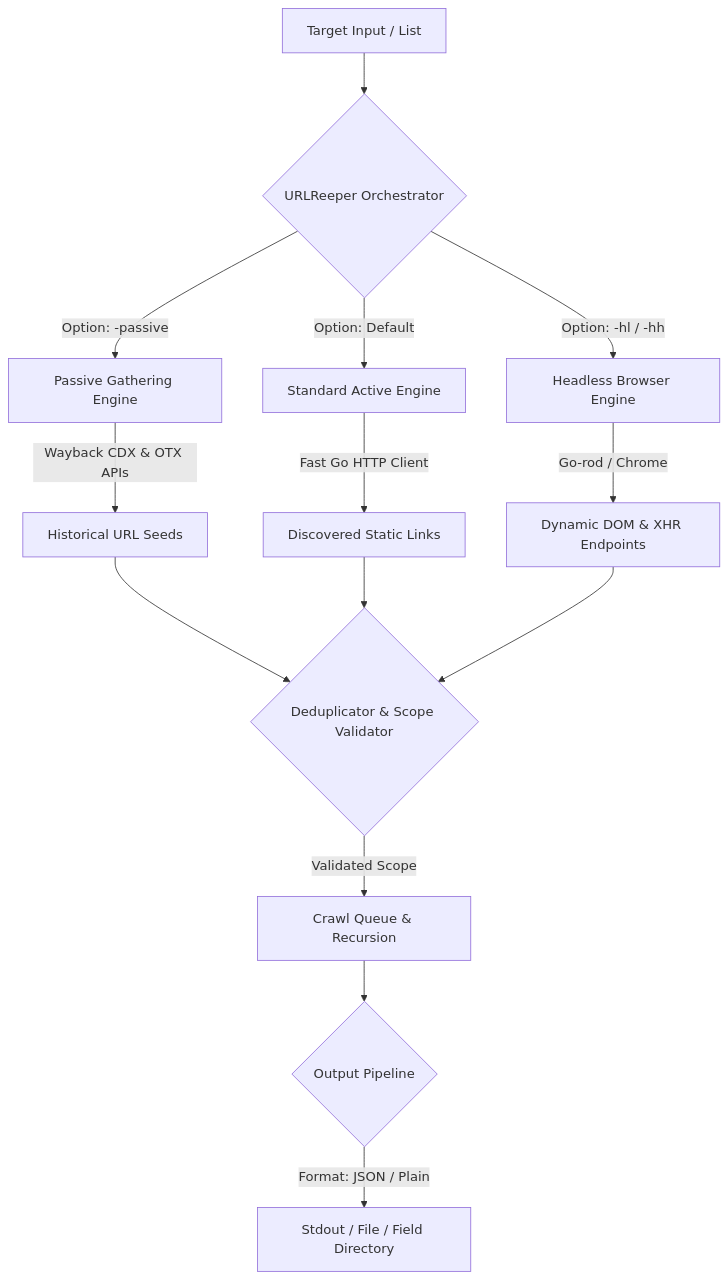
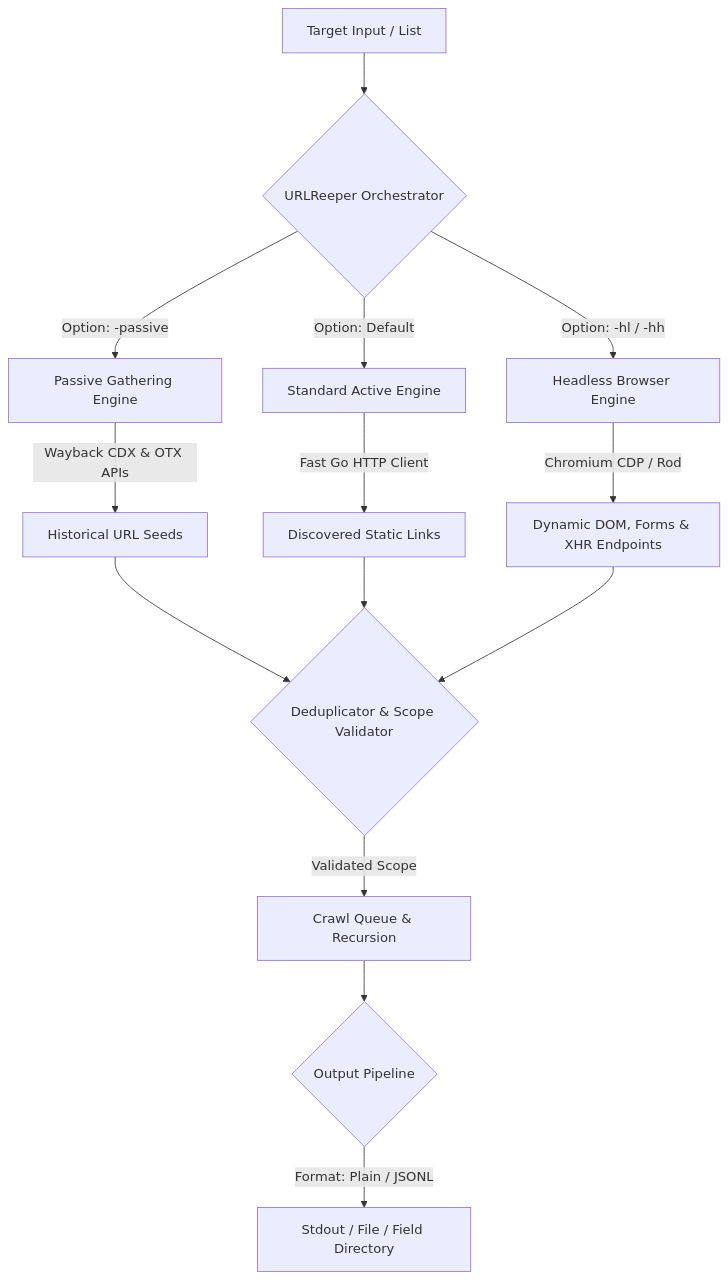
The diagram in README.md (youwannahackme/urlreeper), drawn with Mermaid before and after one commit. The commit also changed other lines of this file and 1 other file, not shown here.

````diff
--- a/README.md
+++ b/README.md
@@ -22,21 +24,21 @@
 ```mermaid
 graph TD
     Input[Target Input / List] --> Orchestrator{URLReeper Orchestrator}
     
     Orchestrator -->|Option: -passive| Passive[Passive Gathering Engine]
     Orchestrator -->|Option: Default| Standard[Standard Active Engine]
     Orchestrator -->|Option: -hl / -hh| Headless[Headless Browser Engine]
     
     Passive -->|Wayback CDX & OTX APIs| PassiveResults[Historical URL Seeds]
     Standard -->|Fast Go HTTP Client| StandardResults[Discovered Static Links]
-    Headless -->|Go-rod / Chrome| HeadlessResults[Dynamic DOM & XHR Endpoints]
+    Headless -->|Chromium CDP / Rod| HeadlessResults[Dynamic DOM, Forms & XHR Endpoints]
     
     PassiveResults --> DeDup{Deduplicator & Scope Validator}
     StandardResults --> DeDup
     HeadlessResults --> DeDup
     
     DeDup -->|Validated Scope| CrawlQueue[Crawl Queue & Recursion]
     
     CrawlQueue --> OutputWriter{Output Pipeline}
-    OutputWriter -->|Format: JSON / Plain| Output[Stdout / File / Field Directory]
+    OutputWriter -->|Format: Plain / JSONL| Output[Stdout / File / Field Directory]
 ```
````
